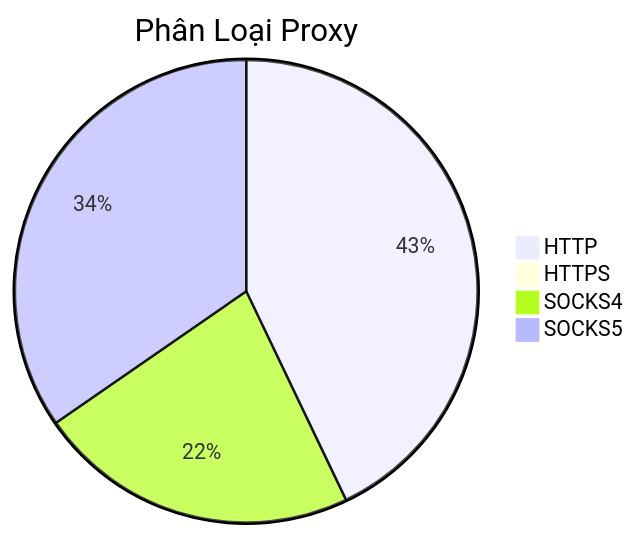
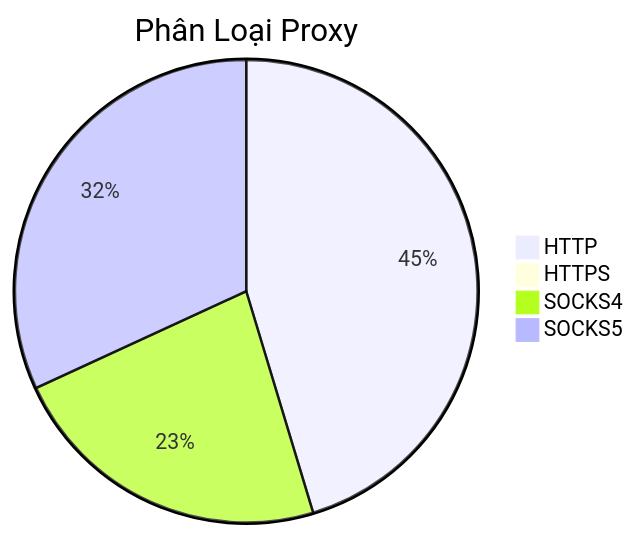
The diagram in README.md (Ciara-Aa/PROXY-free), drawn with Mermaid before and after one commit. The commit also changed other lines of this file and 4 other files, not shown here.

````diff
--- a/README.md
+++ b/README.md
@@ -26,7 +26,7 @@
 ```mermaid
 pie title Phân Loại Proxy
-    "HTTP" : 275
-    "HTTPS" : 5
-    "SOCKS4" : 144
-    "SOCKS5" : 222
+    "HTTP" : 330
+    "HTTPS" : 3
+    "SOCKS4" : 166
+    "SOCKS5" : 232
 ```
````
